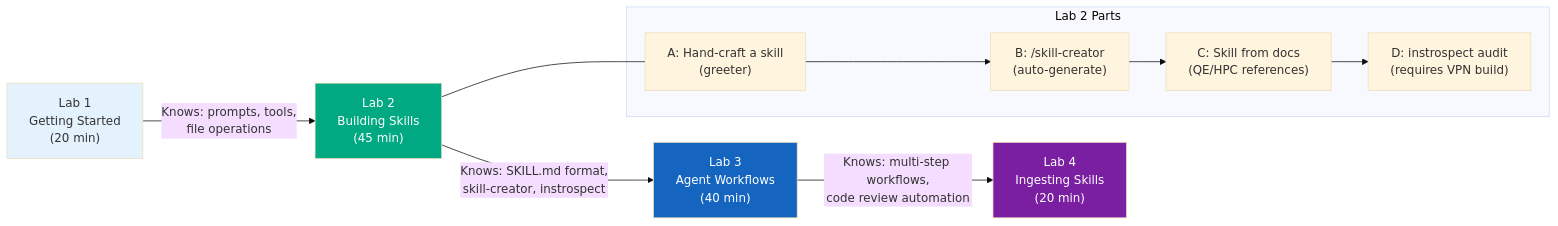
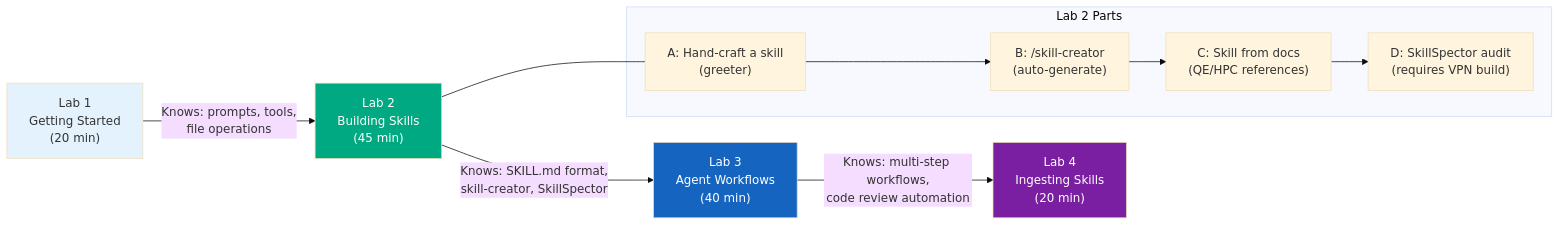
One commit to jbsparks/hackshack-openwork-poc changed diagram 13 of 14 in ARCHITECTURE.md. Above: the diagram before and after it, drawn with Mermaid (base theme). The commit also changed other lines of this file and 23 other files, not shown here.

````diff
--- a/ARCHITECTURE.md
+++ b/ARCHITECTURE.md
@@ -472,25 +472,25 @@
 ```mermaid
 graph LR
     L1["Lab 1<br/>Getting Started<br/>(20 min)"]
     L2["Lab 2<br/>Building Skills<br/>(45 min)"]
     L3["Lab 3<br/>Agent Workflows<br/>(40 min)"]
     L4["Lab 4<br/>Ingesting Skills<br/>(20 min)"]
 
     L1 -->|"Knows: prompts, tools,<br/>file operations"| L2
-    L2 -->|"Knows: SKILL.md format,<br/>skill-creator, instrospect"| L3
+    L2 -->|"Knows: SKILL.md format,<br/>skill-creator, SkillSpector"| L3
     L3 -->|"Knows: multi-step workflows,<br/>code review automation"| L4
 
     subgraph "Lab 2 Parts"
         A["A: Hand-craft a skill<br/>(greeter)"]
         B["B: /skill-creator<br/>(auto-generate)"]
         C["C: Skill from docs<br/>(QE/HPC references)"]
-        D["D: instrospect audit<br/>(requires VPN build)"]
+        D["D: SkillSpector audit<br/>(requires VPN build)"]
     end
 
     L2 --- A --> B --> C --> D
 
     style L1 fill:#e3f2fd,color:#333
     style L2 fill:#01A982,color:#fff
     style L3 fill:#1565c0,color:#fff
     style L4 fill:#7b1fa2,color:#fff
 ```
````
